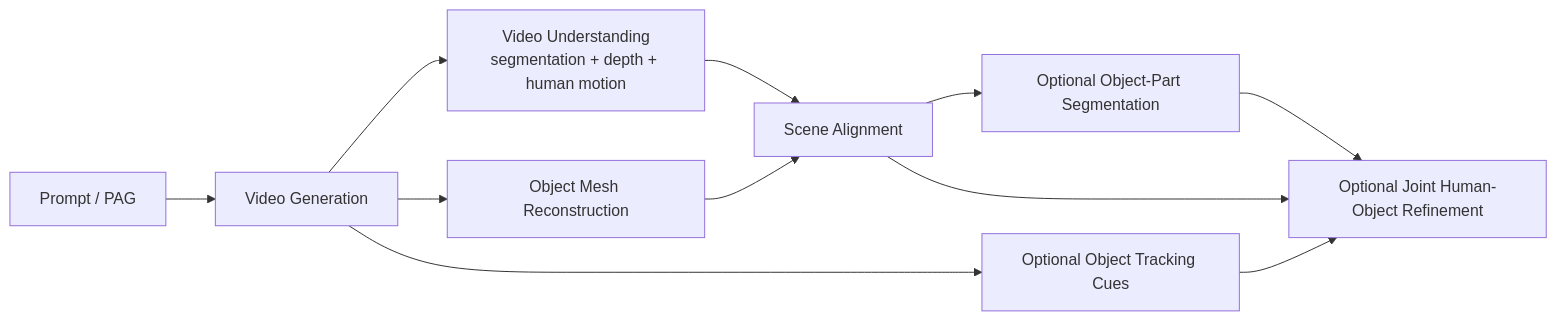
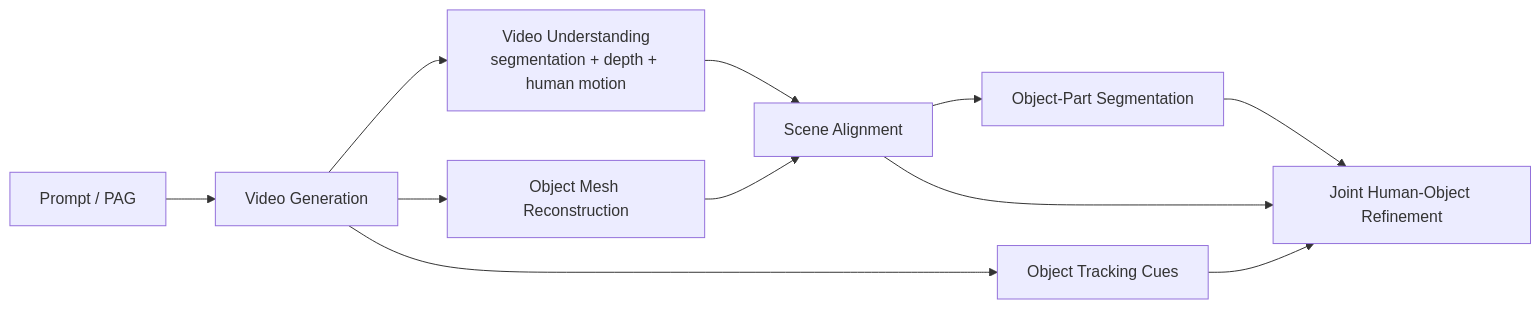
The diagram in README.md (mumerabbasi/4DHOI), drawn with Mermaid before and after one commit. The commit also changed other lines of this file, not shown here.

````diff
--- a/README.md
+++ b/README.md
@@ -19,13 +16,13 @@
 ```mermaid
 flowchart LR
     A[Prompt / PAG] --> B[Video Generation]
     B --> C[Video Understanding<br/>segmentation + depth + human motion]
     B --> D[Object Mesh Reconstruction]
     C --> E[Scene Alignment]
     D --> E
-    E --> F[Optional Object-Part Segmentation]
-    B --> G[Optional Object Tracking Cues]
-    F --> H[Optional Joint Human-Object Refinement]
+    E --> F[Object-Part Segmentation]
+    B --> G[Object Tracking Cues]
+    F --> H[Joint Human-Object Refinement]
     G --> H
     E --> H
 ```
````
